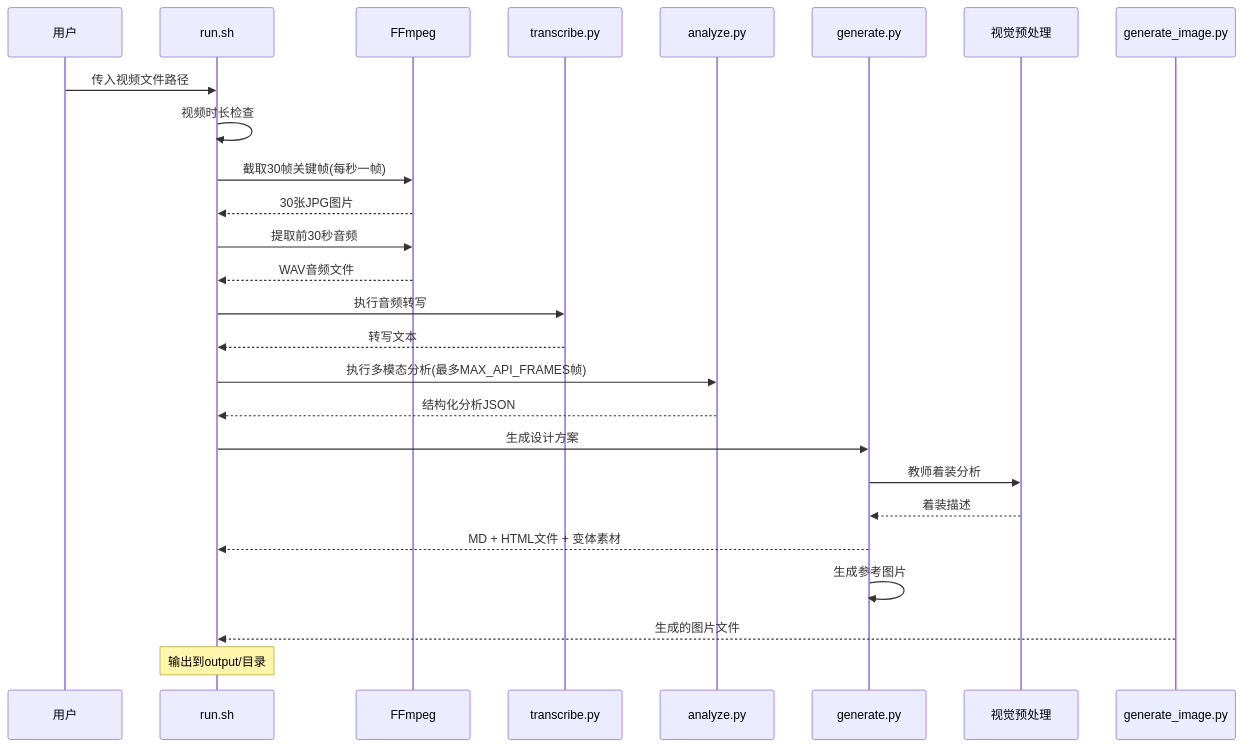
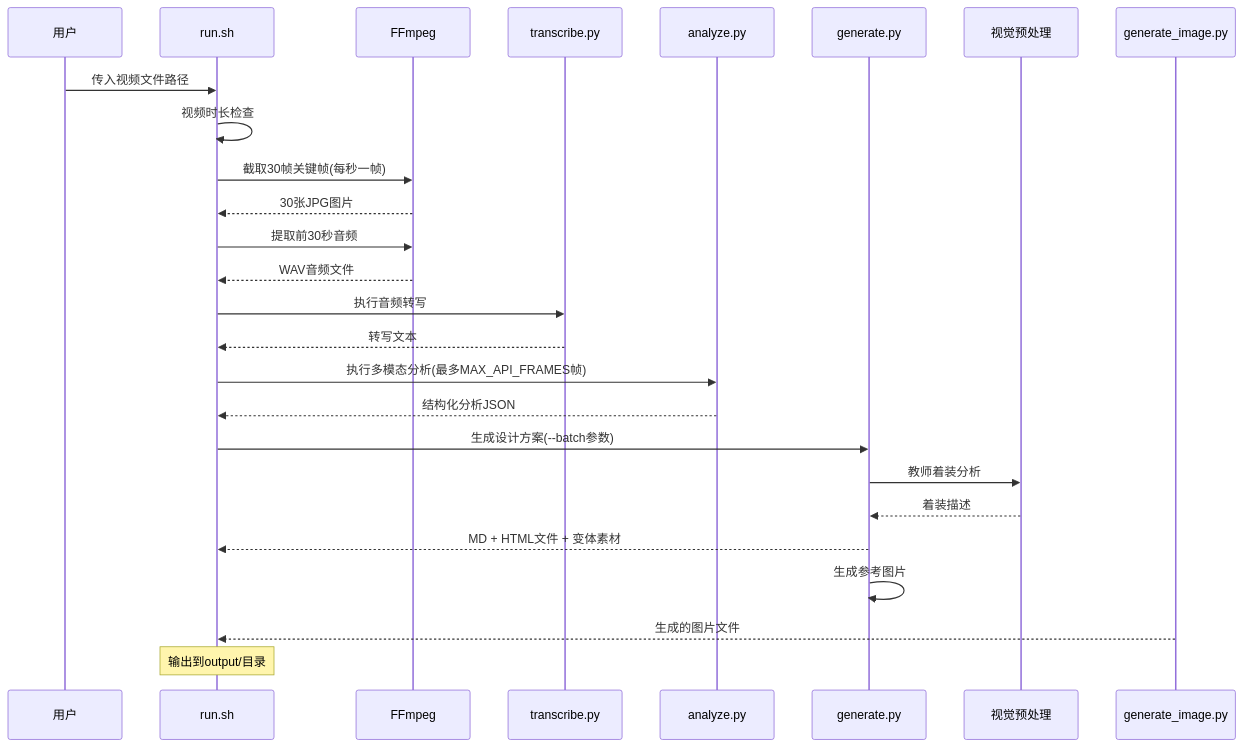
Before and after one commit to WongMingJiu/landingpage-test-hero-page: the second of 18 diagrams in .qoder/repowiki/zh/content/配置和定制/配置和定制.md, drawn with Mermaid. The commit also changed other lines of this file and 42 other files, not shown here.

````diff
--- a/.qoder/repowiki/zh/content/配置和定制/配置和定制.md
+++ b/.qoder/repowiki/zh/content/配置和定制/配置和定制.md
@@ -148,28 +148,28 @@
 ```mermaid
 sequenceDiagram
 participant User as 用户
 participant Run as run.sh
 participant FFmpeg as FFmpeg
 participant Transcribe as transcribe.py
 participant Analyze as analyze.py
 participant Generate as generate.py
 participant VisualPreprocess as 视觉预处理
 participant GenerateImage as generate_image.py
 User->>Run : 传入视频文件路径
 Run->>Run : 视频时长检查
 Run->>FFmpeg : 截取30帧关键帧(每秒一帧)
 FFmpeg-->>Run : 30张JPG图片
 Run->>FFmpeg : 提取前30秒音频
 FFmpeg-->>Run : WAV音频文件
 Run->>Transcribe : 执行音频转写
 Transcribe-->>Run : 转写文本
 Run->>Analyze : 执行多模态分析(最多MAX_API_FRAMES帧)
 Analyze-->>Run : 结构化分析JSON
-Run->>Generate : 生成设计方案
+Run->>Generate : 生成设计方案(--batch参数)
 Generate->>VisualPreprocess : 教师着装分析
 VisualPreprocess-->>Generate : 着装描述
 Generate-->>Run : MD + HTML文件 + 变体素材
 Generate->>Generate : 生成参考图片
 GenerateImage-->>Run : 生成的图片文件
 Note over Run : 输出到output/目录
 ```
````
